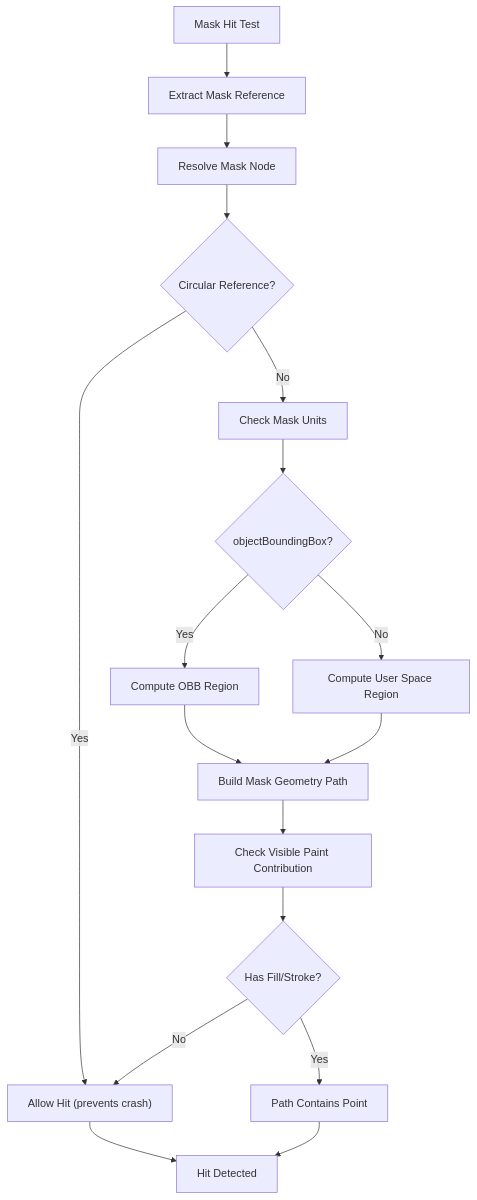
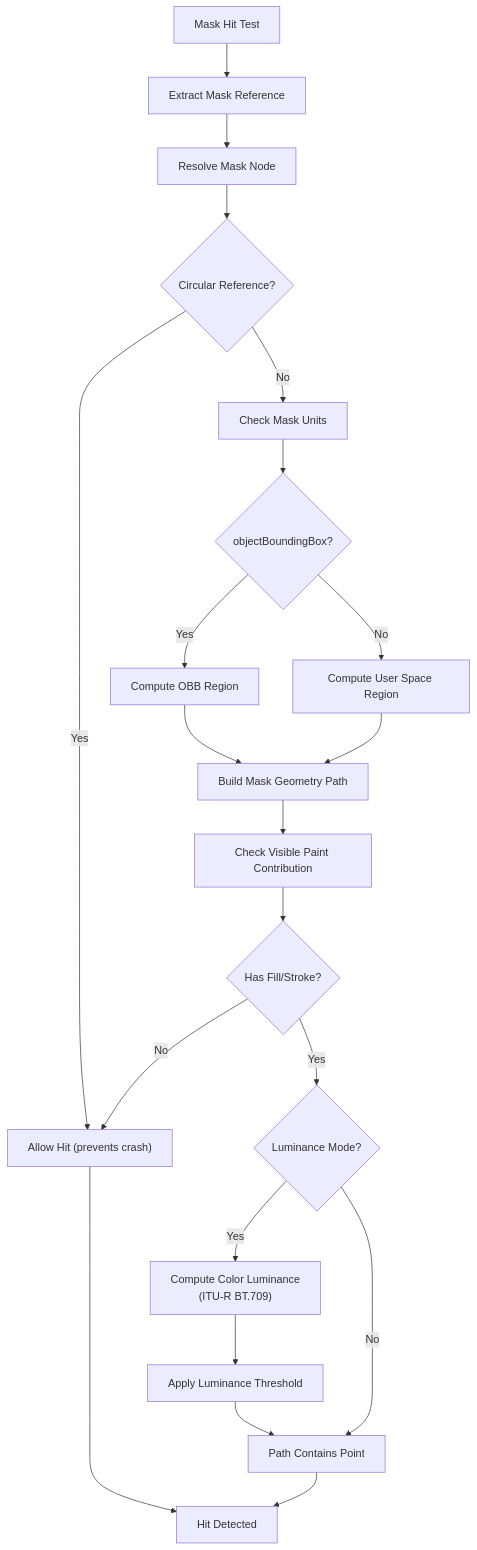
One commit to denisnadey/flutter_full_svg_support changed the sixth of 17 diagrams in .qoder/repowiki/en/content/Animated SVG Support/Advanced Animation Features/Advanced Hit Testing Features.md. Above: the diagram before and after it, drawn with Mermaid. The commit also changed other lines of this file and 15 other files, not shown here.

````diff
--- a/.qoder/repowiki/en/content/Animated SVG Support/Advanced Animation Features/Advanced Hit Testing Features.md
+++ b/.qoder/repowiki/en/content/Animated SVG Support/Advanced Animation Features/Advanced Hit Testing Features.md
@@ -263,19 +267,23 @@
 ```mermaid
 flowchart TD
 MaskTest["Mask Hit Test"] --> CheckMaskRef["Extract Mask Reference"]
 CheckMaskRef --> ResolveMaskNode["Resolve Mask Node"]
 ResolveMaskNode --> CheckRecursion{"Circular Reference?"}
 CheckRecursion --> |Yes| AllowHit["Allow Hit (prevents crash)"]
 CheckRecursion --> |No| CheckMaskUnits["Check Mask Units"]
 CheckMaskUnits --> ObjectBoundingBox{"objectBoundingBox?"}
 ObjectBoundingBox --> |Yes| ComputeOBBClip["Compute OBB Region"]
 ObjectBoundingBox --> |No| ComputeUSOClsip["Compute User Space Region"]
 ComputeOBBClip --> BuildMaskPath["Build Mask Geometry Path"]
 ComputeUSOClsip --> BuildMaskPath
 BuildMaskPath --> CheckVisiblePaint["Check Visible Paint Contribution"]
 CheckVisiblePaint --> HasFillStroke{"Has Fill/Stroke?"}
 HasFillStroke --> |No| AllowHit
-HasFillStroke --> |Yes| PathContains["Path Contains Point"]
+HasFillStroke --> |Yes| CheckLuminanceMode{"Luminance Mode?"}
+CheckLuminanceMode --> |Yes| ComputeLuminance["Compute Color Luminance<br/>(ITU-R BT.709)"]
+CheckLuminanceMode --> |No| PathContains["Path Contains Point"]
+ComputeLuminance --> LuminanceThreshold["Apply Luminance Threshold"]
+LuminanceThreshold --> PathContains
 PathContains --> HitResult["Hit Detected"]
 AllowHit --> HitResult
 ```
````
